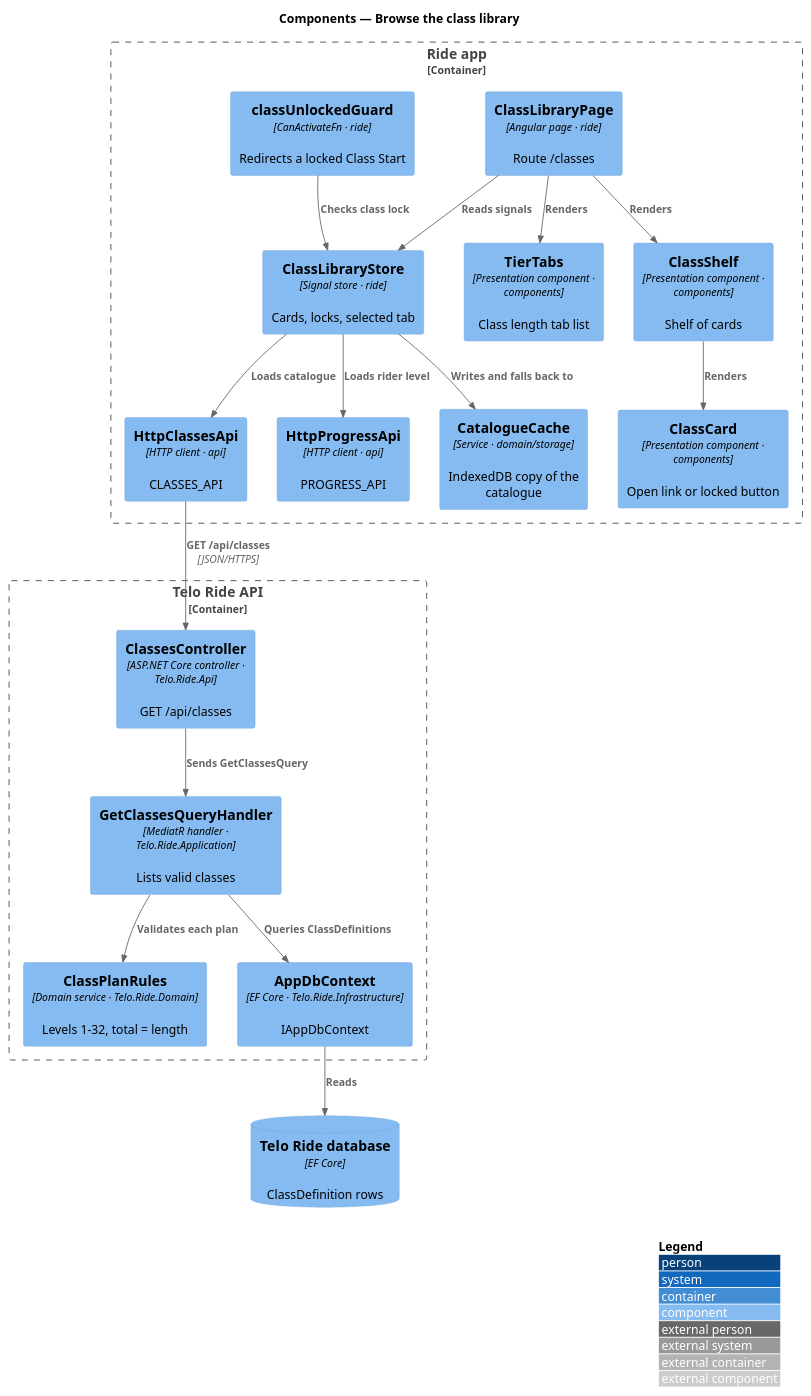
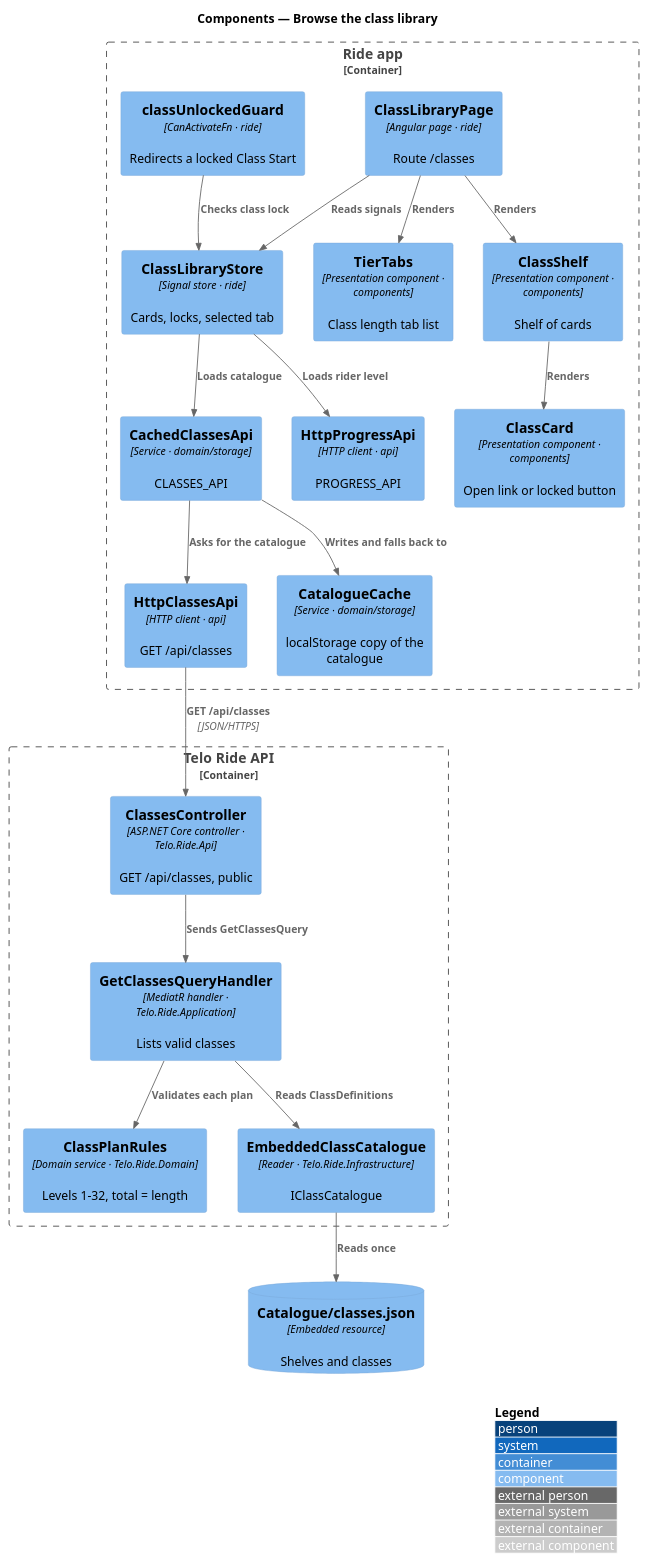
One commit to QuinntyneBrown/ride-one changed the diagram in docs/detailed-designs/classes/browse-the-class-library/diagrams/c4-component.puml. Above: the diagram before and after it, drawn with PlantUML. The commit also changed 11 other files, not shown here.

```diff
--- a/docs/detailed-designs/classes/browse-the-class-library/diagrams/c4-component.puml
+++ b/docs/detailed-designs/classes/browse-the-class-library/diagrams/c4-component.puml
@@ -1,37 +1,39 @@
 @startuml
 !include <C4/C4_Component>
 LAYOUT_WITH_LEGEND()
 title Components — Browse the class library
 
 Container_Boundary(app, "Ride app") {
   Component(page, "ClassLibraryPage", "Angular page · ride", "Route /classes")
   Component(store, "ClassLibraryStore", "Signal store · ride", "Cards, locks, selected tab")
   Component(guard, "classUnlockedGuard", "CanActivateFn · ride", "Redirects a locked Class Start")
   Component(tabs, "TierTabs", "Presentation component · components", "Class length tab list")
   Component(shelf, "ClassShelf", "Presentation component · components", "Shelf of cards")
   Component(card, "ClassCard", "Presentation component · components", "Open link or locked button")
-  Component(classesApi, "HttpClassesApi", "HTTP client · api", "CLASSES_API")
+  Component(cached, "CachedClassesApi", "Service · domain/storage", "CLASSES_API")
+  Component(classesApi, "HttpClassesApi", "HTTP client · api", "GET /api/classes")
   Component(progressApi, "HttpProgressApi", "HTTP client · api", "PROGRESS_API")
-  Component(cache, "CatalogueCache", "Service · domain/storage", "IndexedDB copy of the catalogue")
+  Component(cache, "CatalogueCache", "Service · domain/storage", "localStorage copy of the catalogue")
 }
 Container_Boundary(backend, "Telo Ride API") {
-  Component(ctrl, "ClassesController", "ASP.NET Core controller · Telo.Ride.Api", "GET /api/classes")
+  Component(ctrl, "ClassesController", "ASP.NET Core controller · Telo.Ride.Api", "GET /api/classes, public")
   Component(handler, "GetClassesQueryHandler", "MediatR handler · Telo.Ride.Application", "Lists valid classes")
   Component(rules, "ClassPlanRules", "Domain service · Telo.Ride.Domain", "Levels 1–32, total = length")
-  Component(ctx, "AppDbContext", "EF Core · Telo.Ride.Infrastructure", "IAppDbContext")
+  Component(catalogue, "EmbeddedClassCatalogue", "Reader · Telo.Ride.Infrastructure", "IClassCatalogue")
 }
-ComponentDb(db, "Telo Ride database", "EF Core", "ClassDefinition rows")
+ComponentDb(file, "Catalogue/classes.json", "Embedded resource", "Shelves and classes")
 Rel(page, store, "Reads signals")
 Rel(page, tabs, "Renders")
 Rel(page, shelf, "Renders")
 Rel(shelf, card, "Renders")
-Rel(store, classesApi, "Loads catalogue")
+Rel(store, cached, "Loads catalogue")
+Rel(cached, classesApi, "Asks for the catalogue")
 Rel(store, progressApi, "Loads rider level")
-Rel(store, cache, "Writes and falls back to")
+Rel(cached, cache, "Writes and falls back to")
 Rel(guard, store, "Checks class lock")
 Rel(classesApi, ctrl, "GET /api/classes", "JSON/HTTPS")
 Rel(ctrl, handler, "Sends GetClassesQuery")
 Rel(handler, rules, "Validates each plan")
-Rel(handler, ctx, "Queries ClassDefinitions")
-Rel(ctx, db, "Reads")
+Rel(handler, catalogue, "Reads ClassDefinitions")
+Rel(catalogue, file, "Reads once")
 @enduml
```
